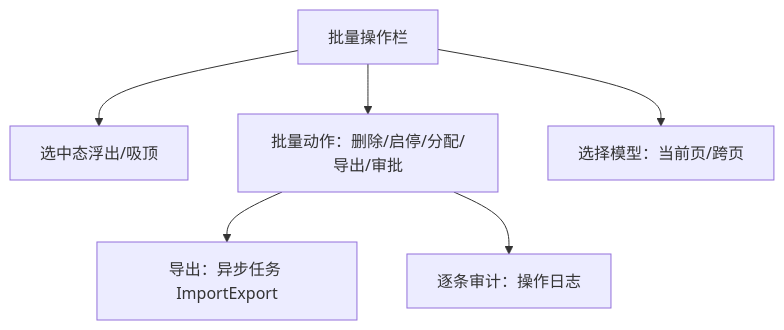
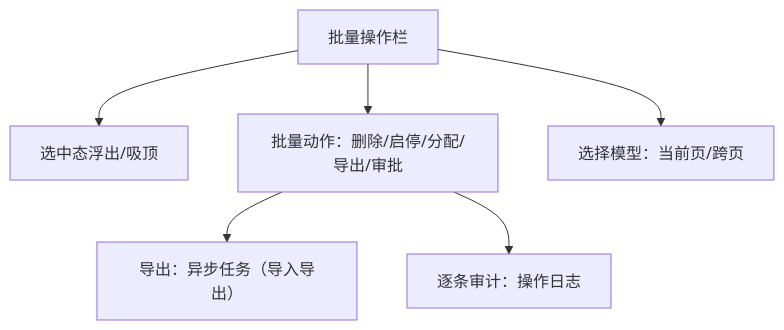
Before and after one commit to minjian123/basic-management-system: the diagram in bms文档/设计/组件设计/08_交互类/16_组件设计_批量操作栏/16_组件设计_批量操作栏.md, drawn with Mermaid. The commit also changed other lines of this file and 238 other files, not shown here.

````diff
--- a/bms文档/设计/组件设计/08_交互类/16_组件设计_批量操作栏/16_组件设计_批量操作栏.md
+++ b/bms文档/设计/组件设计/08_交互类/16_组件设计_批量操作栏/16_组件设计_批量操作栏.md
@@ -17,8 +18,8 @@
 ```mermaid
 flowchart TD
     A[批量操作栏] --> B[选中态浮出/吸顶]
     A --> C[批量动作：删除/启停/分配/导出/审批]
     A --> D[选择模型：当前页/跨页]
-    C --> E[导出：异步任务 ImportExport]
+    C --> E[导出：异步任务（导入导出）]
     C --> F[逐条审计：操作日志]
 ```
````
